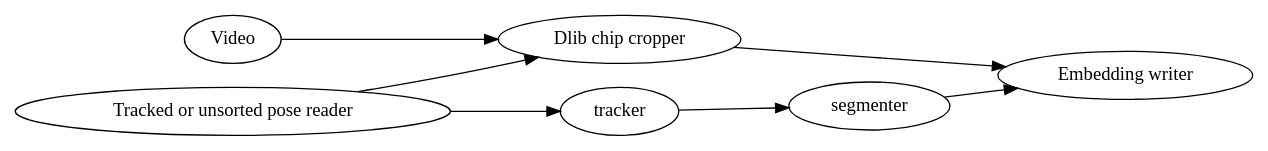
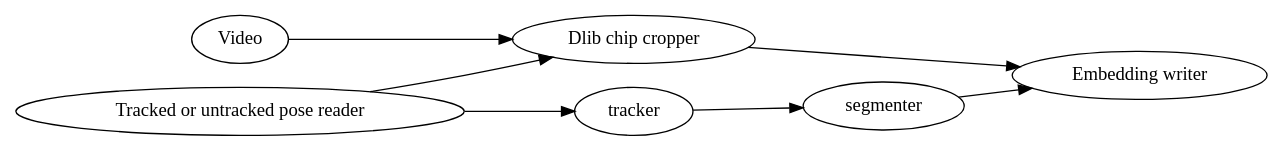
Before and after one commit to frankier/skelshop: the fifth of 5 diagrams in docs/pipelines-overview.md, drawn with Graphviz. The commit also changed other lines of this file and 12 other files, not shown here.

````diff
--- a/docs/pipelines-overview.md
+++ b/docs/pipelines-overview.md
@@ -77,13 +77,13 @@
 ```graphviz dot dlibpipe.png
     digraph G {
         rankdir=LR
         video [label="Video"]
-        reader [label="Tracked or unsorted pose reader"]
+        reader [label="Tracked or untracked pose reader"]
         chipcropper [label="Dlib chip cropper"]
         writer [label="Embedding writer"]
         reader -> tracker -> segmenter -> writer;
         reader -> chipcropper;
         video -> chipcropper;
         chipcropper -> writer;
     }
 ```
````
